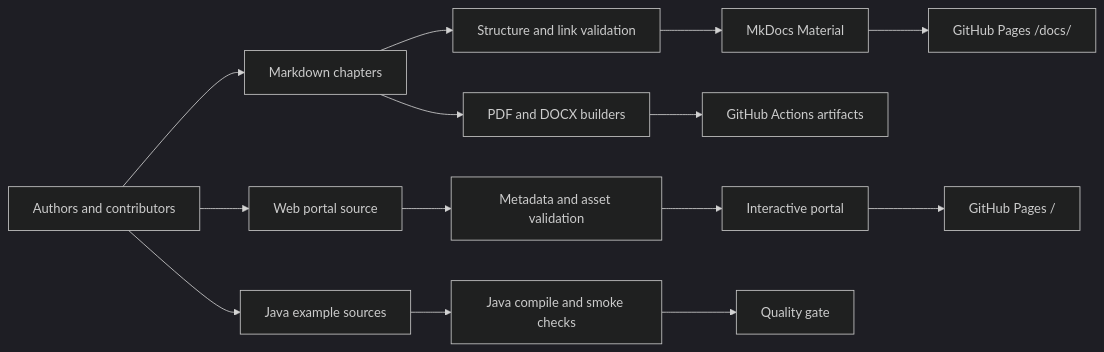
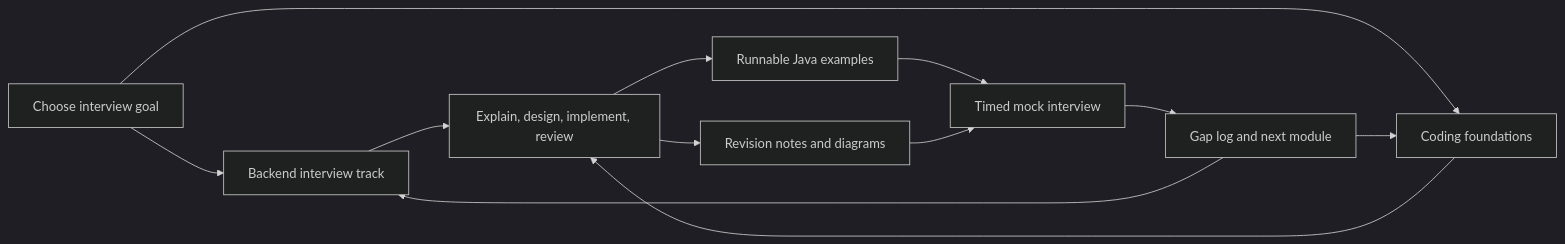
One commit to vinayreddykalluri/SDE2-Interview-Handbook changed the diagram in README.md. Above: the diagram before and after it, drawn with Mermaid (dark theme). The commit also changed other lines of this file and 281 other files, not shown here.

````diff
--- a/README.md
+++ b/README.md
@@ -40,16 +24,14 @@
 ```mermaid
 flowchart LR
-    Authors["Authors and contributors"] --> Markdown["Markdown chapters"]
-    Authors --> Web["Web portal source"]
-    Authors --> Java["Java example sources"]
-    Markdown --> Validation["Structure and link validation"]
-    Web --> WebValidation["Metadata and asset validation"]
-    Java --> Compile["Java compile and smoke checks"]
-    Validation --> MkDocs["MkDocs Material"]
-    WebValidation --> Portal["Interactive portal"]
-    Compile --> Quality["Quality gate"]
-    MkDocs --> DocsPath["GitHub Pages /docs/"]
-    Portal --> RootPath["GitHub Pages /"]
-    Markdown --> Books["PDF and DOCX builders"]
-    Books --> Artifacts["GitHub Actions artifacts"]
+    Start["Choose interview goal"] --> Backend["Backend interview track"]
+    Start --> Foundations["Coding foundations"]
+    Backend --> Practice["Explain, design, implement, review"]
+    Foundations --> Practice
+    Practice --> Code["Runnable Java examples"]
+    Practice --> Notes["Revision notes and diagrams"]
+    Code --> Mock["Timed mock interview"]
+    Notes --> Mock
+    Mock --> Review["Gap log and next module"]
+    Review --> Backend
+    Review --> Foundations
 ```
````
